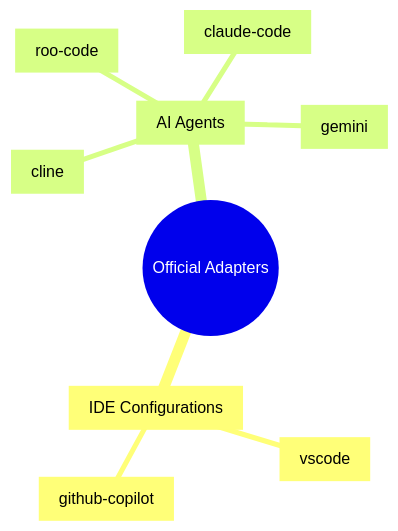
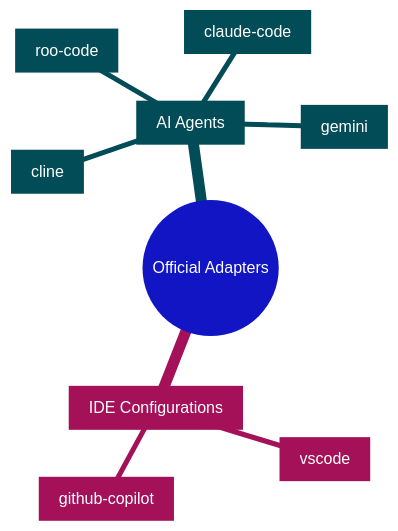
Before and after one commit to NoranBits/OrchLayerAI: the diagram in 10_Officially-Documented-Adapters/README.md, drawn with Mermaid. The commit also changed 6 other files, not shown here.

````diff
--- a/10_Officially-Documented-Adapters/README.md
+++ b/10_Officially-Documented-Adapters/README.md
@@ -9,12 +9,24 @@
 ```mermaid
+%%{init: {
+  'theme': 'base',
+  'themeVariables': {
+    'primaryColor': '#6366f1',
+    'primaryTextColor': '#fff',
+    'primaryBorderColor': '#4f46e5',
+    'lineColor': '#818cf8',
+    'secondaryColor': '#ec4899',
+    'tertiaryColor': '#06b6d4',
+    'nodePadding': '10'
+  }
+}}%%
 mindmap
   root((Official Adapters))
     IDC[IDE Configurations]
       VSCode[vscode]
       Copilot[github-copilot]
     AI_Agents[AI Agents]
       Cline[cline]
       Roo[roo-code]
       Claude[claude-code]
       Gemini[gemini]
 ```
````
